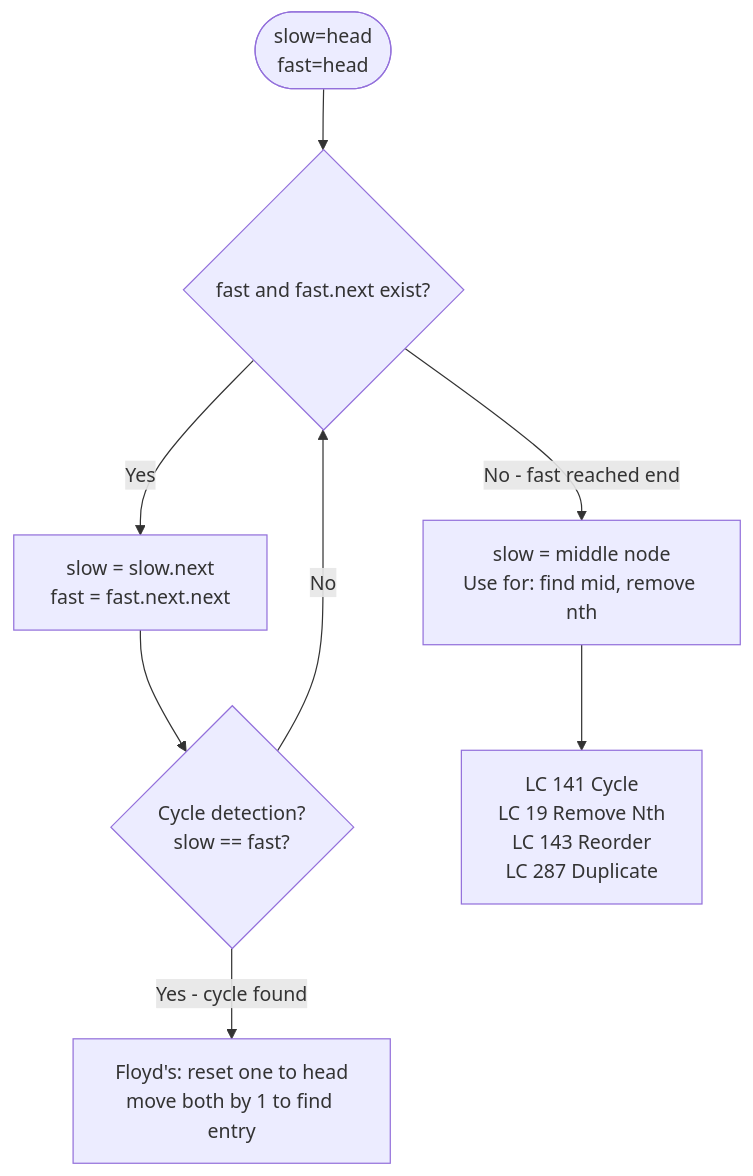
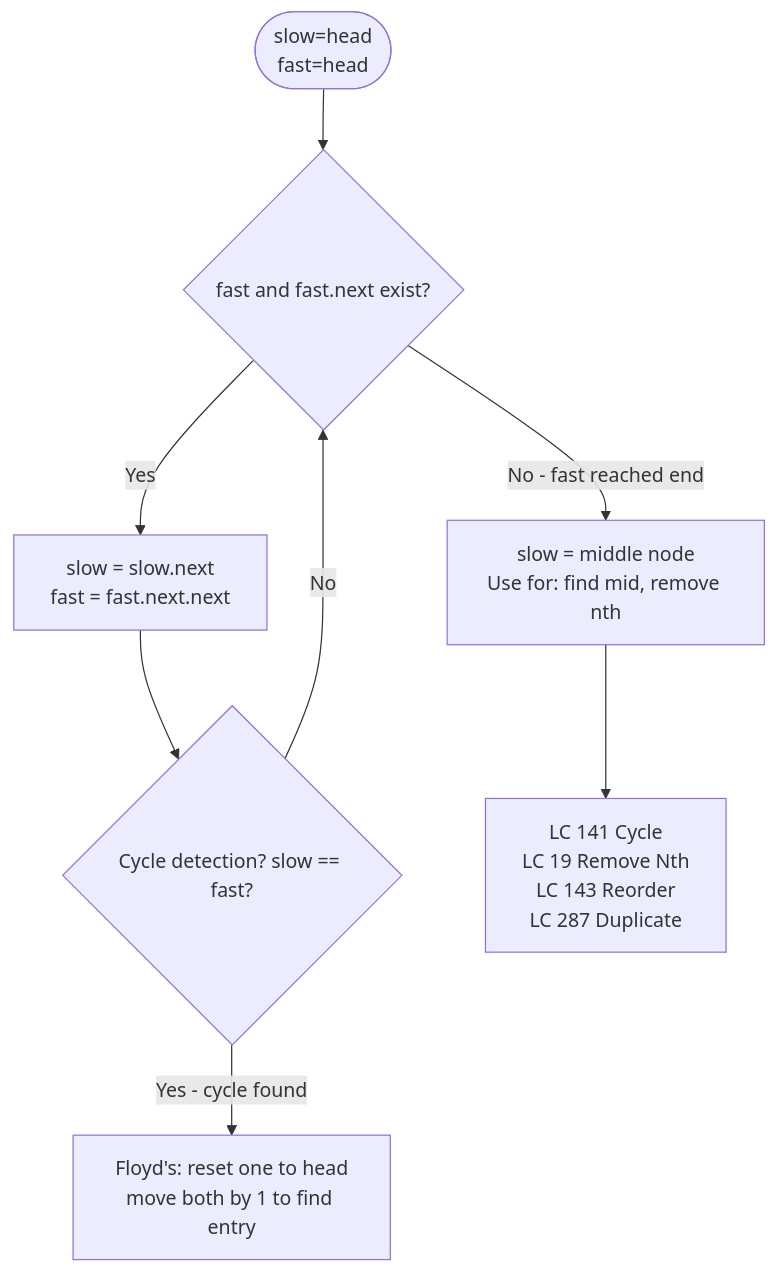
Before and after one commit to deepanshu-rawat6/AlgoAtlas: the second of 6 diagrams in linked_list/README.md, drawn with Mermaid. The commit also changed other lines of this file and 43 other files, not shown here.

````diff
--- a/linked_list/README.md
+++ b/linked_list/README.md
@@ -55,10 +55,10 @@
 ```mermaid
 flowchart TD
-    A([slow=head<br>fast=head]) --> B{fast and fast.next exist?}
+    A([slow=head<br>fast=head]) --> B{"fast and fast.next exist?"}
     B -->|Yes| C[slow = slow.next<br>fast = fast.next.next]
-    C --> D{Cycle detection?<br>slow == fast?}
+    C --> D{"Cycle detection? slow == fast?"}
     D -->|Yes - cycle found| E[Floyd's: reset one to head<br>move both by 1 to find entry]
     D -->|No| B
     B -->|No - fast reached end| F[slow = middle node<br>Use for: find mid, remove nth]
     F --> G[LC 141 Cycle<br>LC 19 Remove Nth<br>LC 143 Reorder<br>LC 287 Duplicate]
 ```
````
